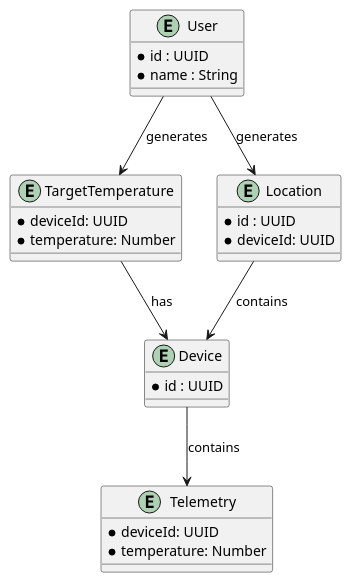
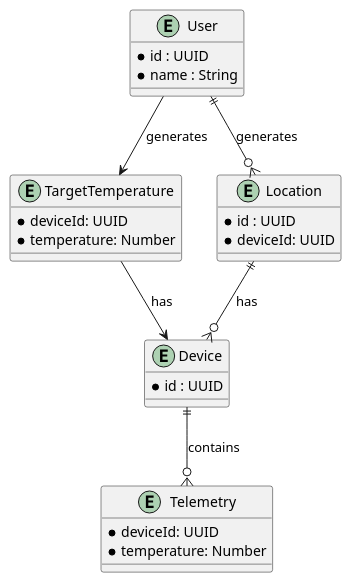
The diagram in diagrams/ER/ER_heating.puml (dzhambulat/SmartHomeBackend), drawn with PlantUML before and after one commit. The commit also changed 1 other file, not shown here.

Commit message:
fix README and ER diagram

```diff
--- a/diagrams/ER/ER_heating.puml
+++ b/diagrams/ER/ER_heating.puml
@@ -1,30 +1,30 @@
 @startuml
 entity User {
   * id : UUID
   * name : String
 }
 
 entity Device {
   * id : UUID
 }
 
 entity TargetTemperature {
     * deviceId: UUID
     * temperature: Number
 }
 
 entity Telemetry {
     * deviceId: UUID
     * temperature: Number
 }
 entity Location {
   * id : UUID
   * deviceId: UUID
 }
 
-User --> Location : generates
-Location --> Device: contains
+User ||--o{ Location : generates
+Location  ||--o{ Device: has
 User --> TargetTemperature: generates
 TargetTemperature --> Device: has
-Device --> Telemetry: contains
+Device ||--o{ Telemetry: contains
 @enduml
```
